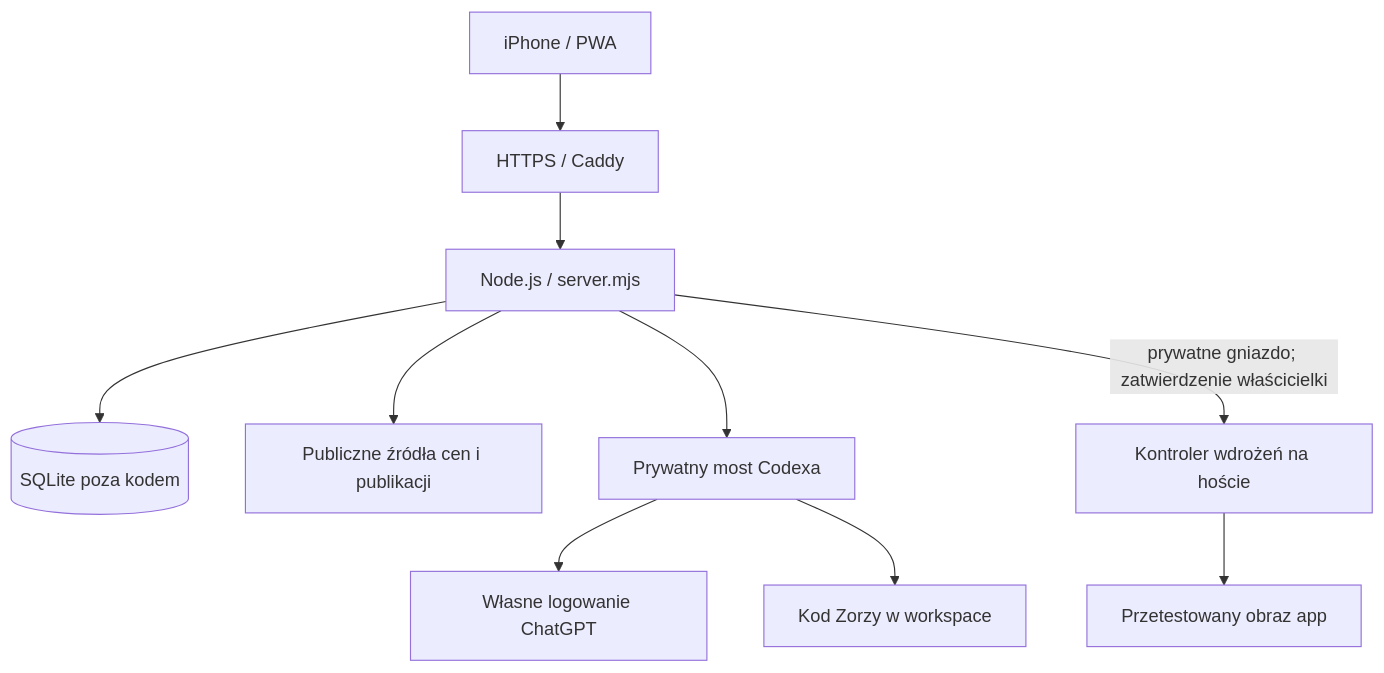
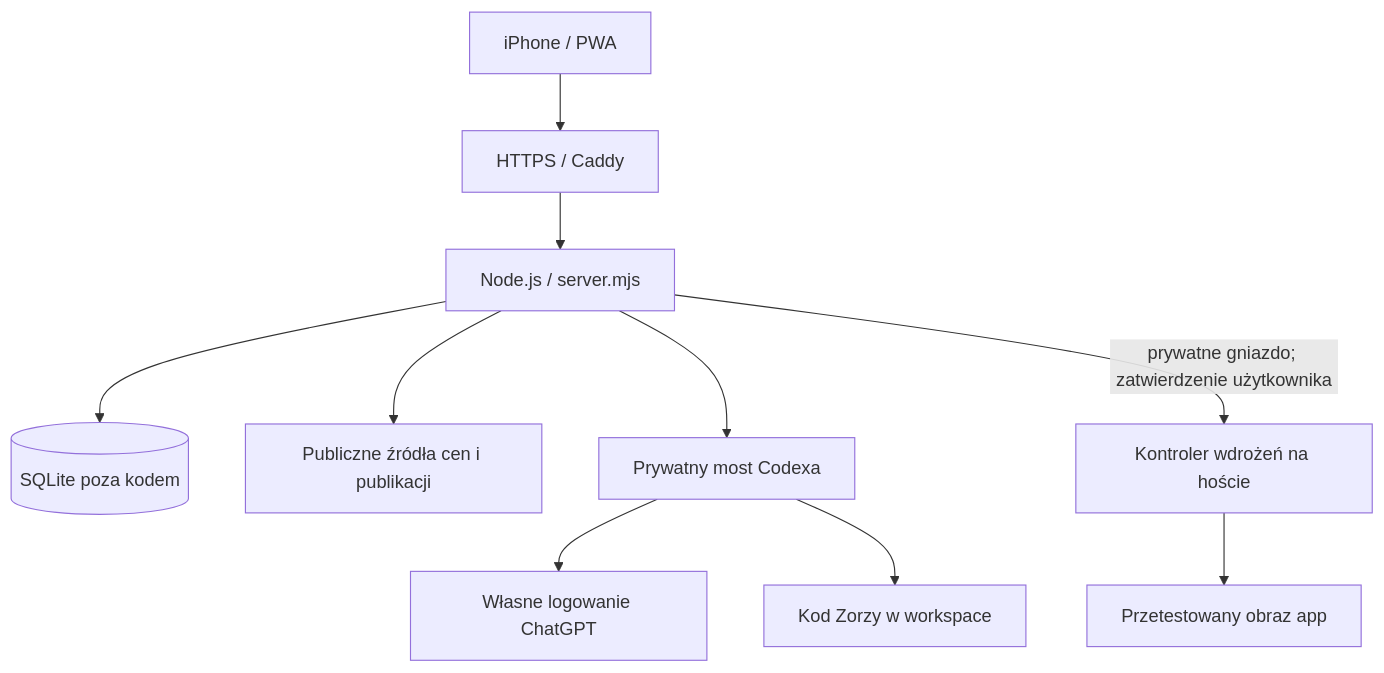
One commit to dobrochnamnowak-dev/Zorza changed the diagram in docs/03-architektura.md. Above: the diagram before and after it, drawn with Mermaid. The commit also changed 29 other files, not shown here.

````diff
--- a/docs/03-architektura.md
+++ b/docs/03-architektura.md
@@ -5,12 +5,12 @@
 ```mermaid
 flowchart TD
     Phone[iPhone / PWA] --> HTTPS[HTTPS / Caddy]
     HTTPS --> App[Node.js / server.mjs]
     App --> DB[(SQLite poza kodem)]
     App --> Public[Publiczne źródła cen i publikacji]
     App --> Bridge[Prywatny most Codexa]
     Bridge --> ChatGPT[Własne logowanie ChatGPT]
     Bridge --> Workspace[Kod Zorzy w workspace]
-    App -->|prywatne gniazdo; zatwierdzenie właścicielki| Deploy[Kontroler wdrożeń na hoście]
+    App -->|prywatne gniazdo; zatwierdzenie użytkownika| Deploy[Kontroler wdrożeń na hoście]
     Deploy --> Release[Przetestowany obraz app]
 ```
````
